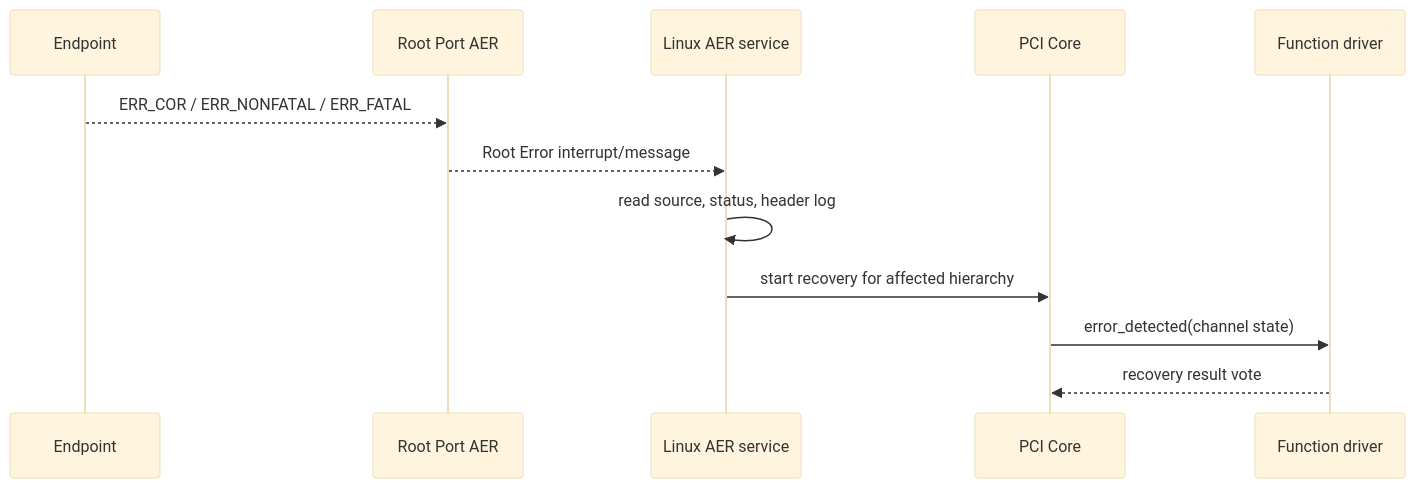
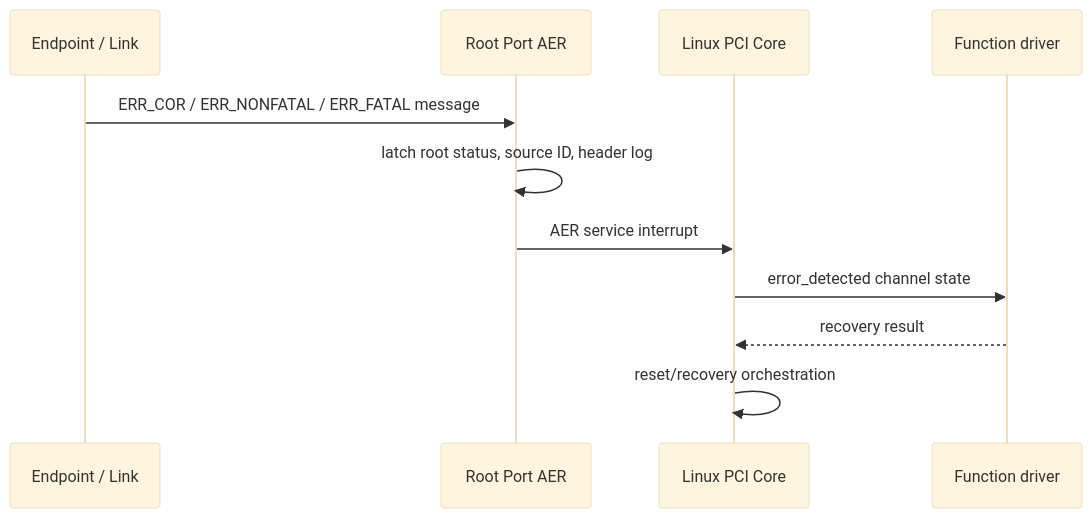
The second of 3 diagrams in docs/articles/pcie/pci-12-aer-flr-hot-reset-recovery.md (cdragon-ljl/EEandEdgeAI), drawn with Mermaid (base theme) before and after one commit. The commit also changed other lines of this file and 4 other files, not shown here.

````diff
--- a/docs/articles/pcie/pci-12-aer-flr-hot-reset-recovery.md
+++ b/docs/articles/pcie/pci-12-aer-flr-hot-reset-recovery.md
@@ -117,14 +55,13 @@
 ```mermaid
 sequenceDiagram
-    participant EP as Endpoint
+    participant EP as Endpoint / Link
     participant RP as Root Port AER
-    participant AER as Linux AER service
-    participant CORE as PCI Core
+    participant CORE as Linux PCI Core
     participant DRV as Function driver
-    EP-->>RP: ERR_COR / ERR_NONFATAL / ERR_FATAL
-    RP-->>AER: Root Error interrupt/message
-    AER->>AER: read source, status, header log
-    AER->>CORE: start recovery for affected hierarchy
-    CORE->>DRV: error_detected(channel state)
-    DRV-->>CORE: recovery result vote
+    EP->>RP: ERR_COR / ERR_NONFATAL / ERR_FATAL message
+    RP->>RP: latch root status, source ID, header log
+    RP->>CORE: AER service interrupt
+    CORE->>DRV: error_detected channel state
+    DRV-->>CORE: recovery result
+    CORE->>CORE: reset/recovery orchestration
 ```
````
